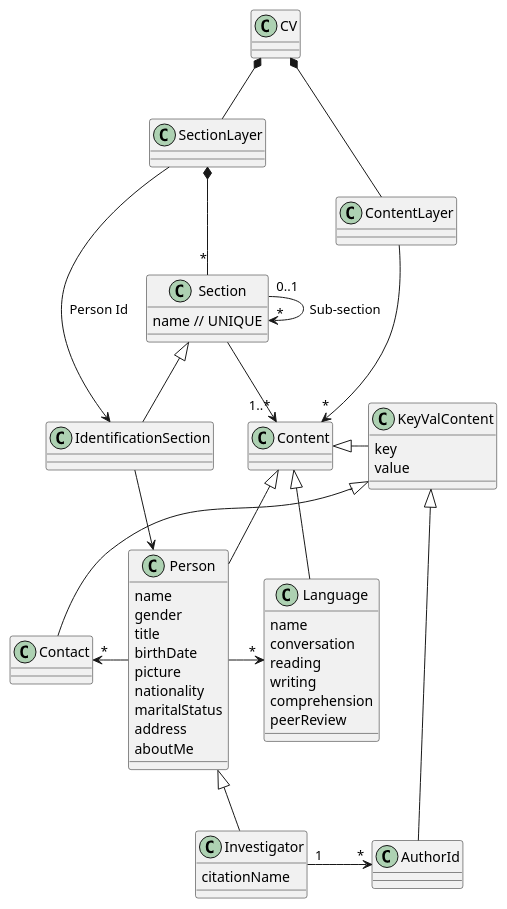
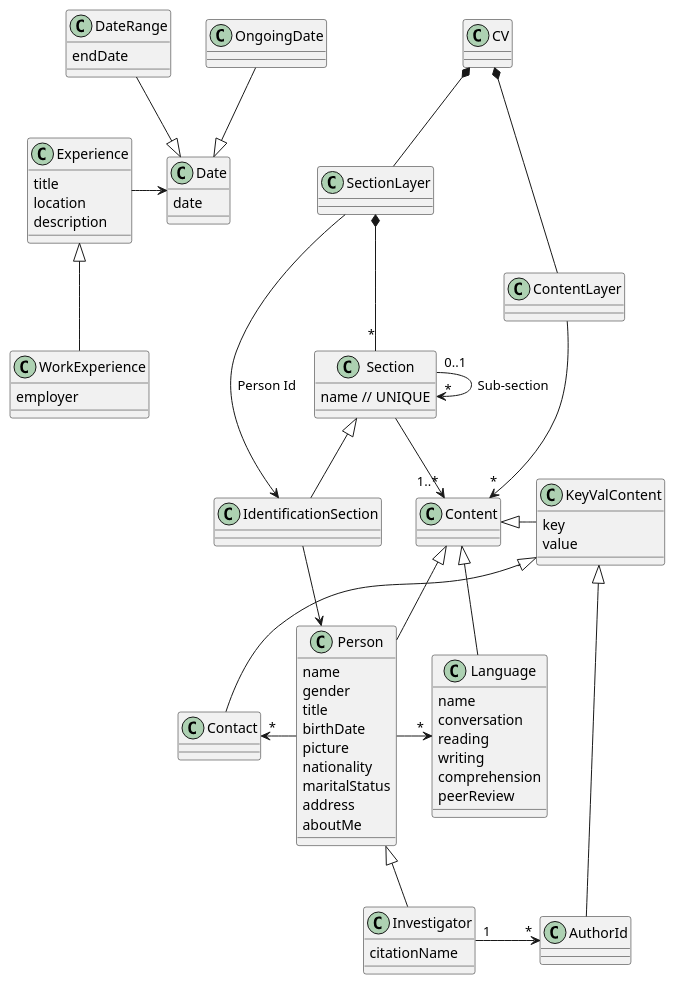
Before and after one commit to JoaoCostaIFG/tacs: the diagram in uml.puml, drawn with PlantUML. The commit also changed 1 other file, not shown here.

```diff
--- a/uml.puml
+++ b/uml.puml
@@ -1,76 +1,102 @@
 @startuml
 
 class CV {}
 
 class ContentLayer {}
 
 class Content {}
 
 class KeyValContent {
   key
   value
 }
 
 class SectionLayer {}
 
 class Section {
   name // UNIQUE
 }
 
 class IdentificationSection {}
 
 class Contact {}
 
 class Language {
   name
   conversation
   reading
   writing
   comprehension
   peerReview
 }
 
 class Person {
   name
   gender
   title
   birthDate
   picture
   nationality
   maritalStatus
   address
   aboutMe
 }
 
 class Investigator {
   citationName
 }
 
 class AuthorId {}
 
+class Experience {
+  title
+  location
+  description
+}
+
+class Date {
+  date
+}
+
+class DateRange {
+  endDate
+}
+
+class OngoingDate {
+}
+
+class WorkExperience {
+  employer
+}
+
 ContentLayer -u-* CV
 SectionLayer -u-* CV
 
 ContentLayer -d-> "*" Content
 KeyValContent -l-|> Content
 
 SectionLayer --> IdentificationSection : "Person Id"
 Section --> "1..*" Content
 Section "*" -u-* SectionLayer
 Section "0..1" -d-> "*" Section : "Sub-section"
 
 IdentificationSection -u-|> Section
 ' CV -d-> "1" Section : "Identification"
 IdentificationSection --> Person
 
 Person -u-|> Content
 Contact -u-|> KeyValContent
 Person -l-> "*" Contact
 Language -u-|> Content
 Person -r-> "*" Language
 
 Investigator -u-|> Person
 AuthorId -u-|> KeyValContent
 Investigator "1" -r-> "*" AuthorId
 
+Experience -r-> Date
+DateRange -d-|> Date
+OngoingDate -d-|> Date
+WorkExperience -u-|> Experience
+
 @enduml
```
